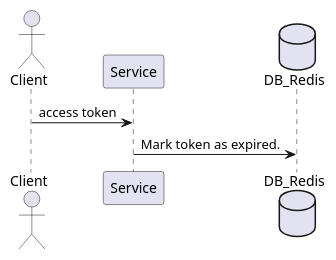
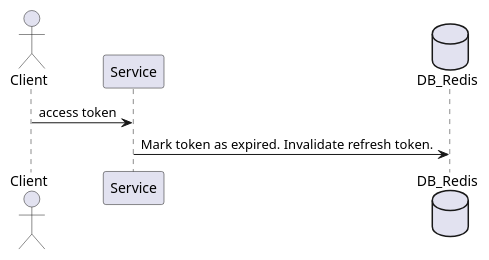
The diagram in doc/logout.puml (DeneesK/auth-service-flask), drawn with PlantUML before and after one commit. The commit also changed 4 other files, not shown here.

```diff
--- a/doc/logout.puml
+++ b/doc/logout.puml
@@ -1,6 +1,6 @@
 @startuml
 actor Client
 Client -> Service: access token
 database DB_Redis
-Service -> DB_Redis: Mark token as expired.
+Service -> DB_Redis: Mark token as expired. Invalidate refresh token.
 @enduml
```
